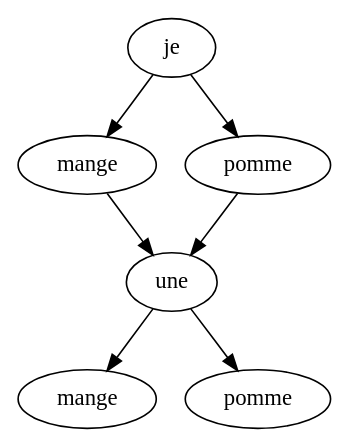
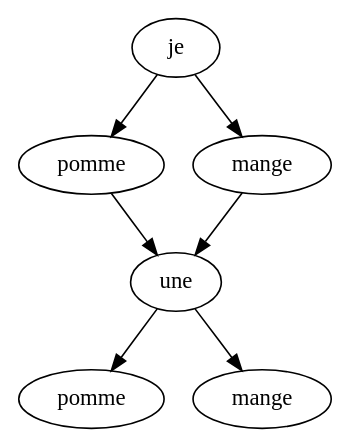
The diagram in test-output/pomme_complex.gv (EnzoTheBrown/Fuzzy_Sublist), drawn with Graphviz before and after one commit. The commit also changed 7 other files, not shown here.

```diff
--- a/test-output/pomme_complex.gv
+++ b/test-output/pomme_complex.gv
@@ -1,14 +1,14 @@
 digraph {
-	140096299500600 [label=je]
-	140096299500488 [label=mange]
-	140096299502168 [label=pomme]
-	140096299501944 [label=une]
-	140096302051792 [label=mange]
-	140096302051960 [label=pomme]
-	140096299500600 -> 140096299500488 [constaint=false]
-	140096299500488 -> 140096299501944 [constaint=false]
-	140096299501944 -> 140096302051792 [constaint=false]
-	140096299501944 -> 140096302051960 [constaint=false]
-	140096299500600 -> 140096299502168 [constaint=false]
-	140096299502168 -> 140096299501944 [constaint=false]
+	140326016816240 [label=je]
+	140326016795648 [label=pomme]
+	140326016795704 [label=mange]
+	140326016795592 [label=une]
+	140326016837000 [label=pomme]
+	140326016837168 [label=mange]
+	140326016816240 -> 140326016795648 [constaint=false]
+	140326016795648 -> 140326016795592 [constaint=false]
+	140326016795592 -> 140326016837000 [constaint=false]
+	140326016795592 -> 140326016837168 [constaint=false]
+	140326016816240 -> 140326016795704 [constaint=false]
+	140326016795704 -> 140326016795592 [constaint=false]
 }
```
